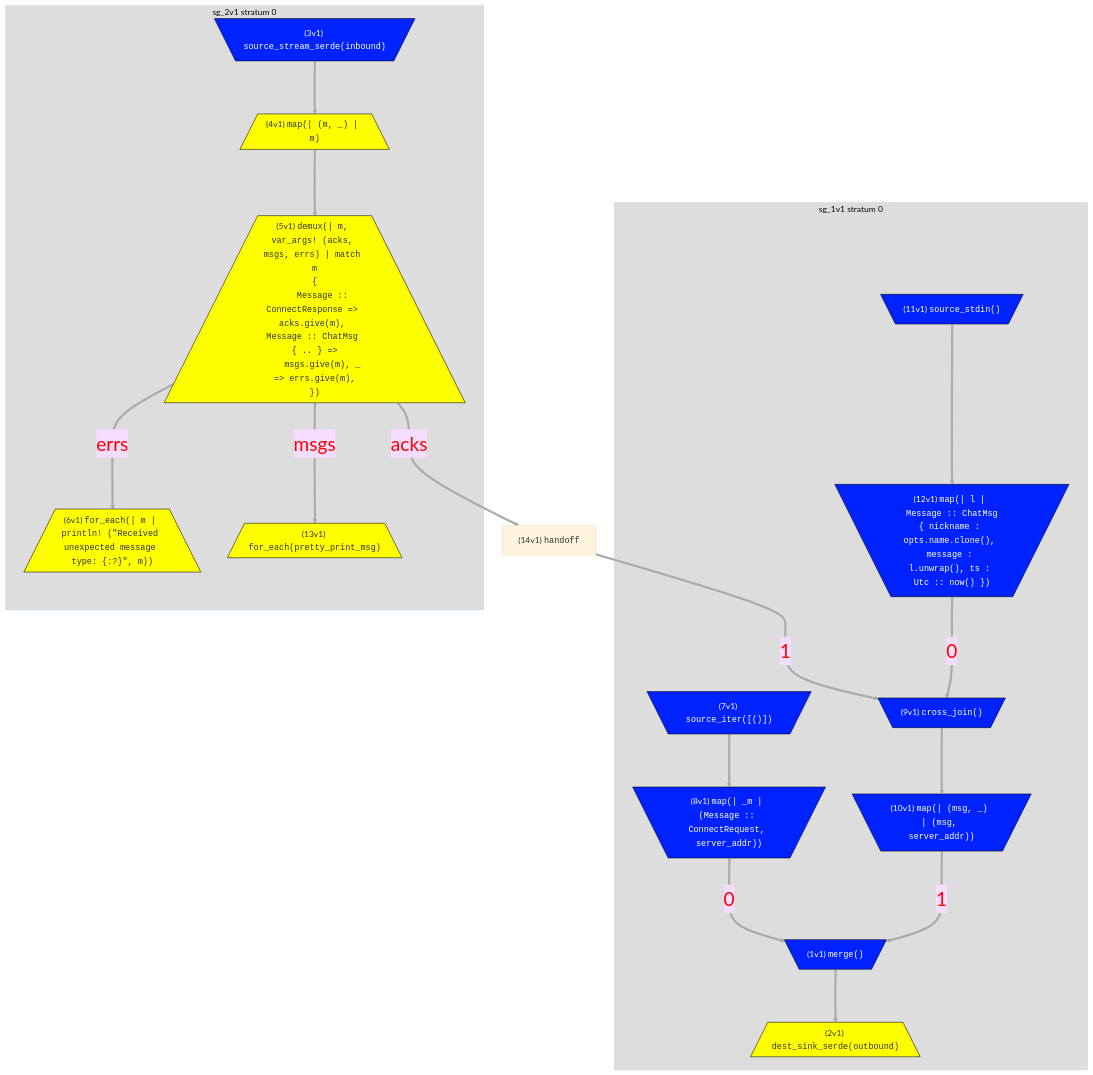
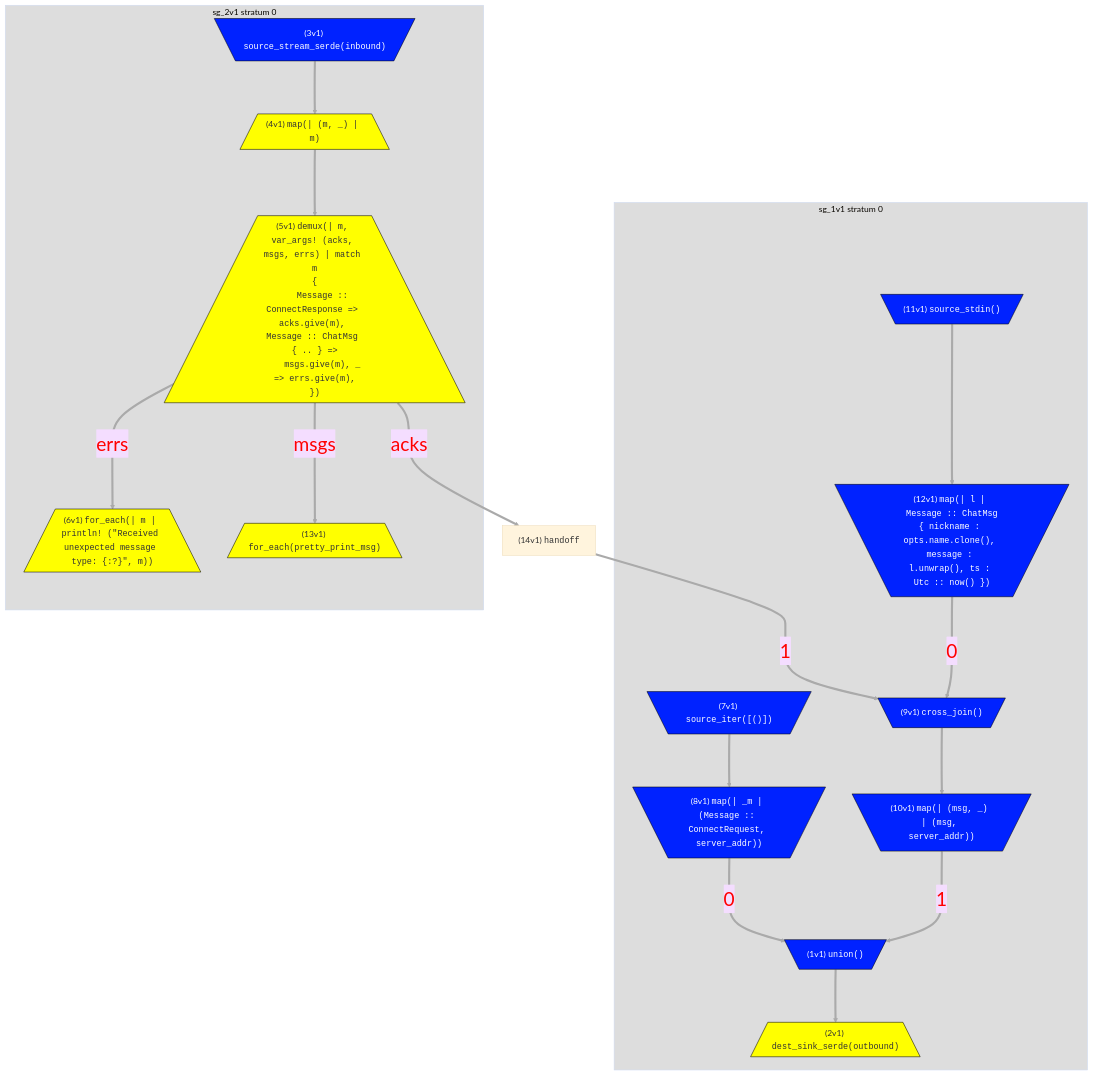
Before and after one commit to nickjiang2378/hydroflow: the second of 2 diagrams in docs/docs/hydroflow/quickstart/example_8_chat_server.md, drawn with Mermaid. The commit also changed other lines of this file and 100 other files, not shown here.

Commit message:
rename: merge() to union() (#697)

````diff
--- a/docs/docs/hydroflow/quickstart/example_8_chat_server.md
+++ b/docs/docs/hydroflow/quickstart/example_8_chat_server.md
@@ -362,38 +362,38 @@
 ```mermaid
 %%{init: {'theme': 'base', 'themeVariables': {'clusterBkg':'#ddd'}}}%%
 flowchart TD
 classDef pullClass fill:#02f,color:#fff,stroke:#000
 classDef pushClass fill:#ff0,stroke:#000
 linkStyle default stroke:#aaa,stroke-width:4px,color:red,font-size:1.5em;
 subgraph "sg_1v1 stratum 0"
     7v1[\"(7v1) <tt>source_iter([()])</tt>"/]:::pullClass
     8v1[\"(8v1) <tt>map(| _m | (Message :: ConnectRequest, server_addr))</tt>"/]:::pullClass
     11v1[\"(11v1) <tt>source_stdin()</tt>"/]:::pullClass
     12v1[\"(12v1) <tt>map(| l | Message :: ChatMsg<br>{ nickname : opts.name.clone(), message : l.unwrap(), ts : Utc :: now() })</tt>"/]:::pullClass
     9v1[\"(9v1) <tt>cross_join()</tt>"/]:::pullClass
     10v1[\"(10v1) <tt>map(| (msg, _) | (msg, server_addr))</tt>"/]:::pullClass
-    1v1[\"(1v1) <tt>merge()</tt>"/]:::pullClass
+    1v1[\"(1v1) <tt>union()</tt>"/]:::pullClass
     2v1[/"(2v1) <tt>dest_sink_serde(outbound)</tt>"\]:::pushClass
     7v1--->8v1
     8v1--0--->1v1
     11v1--->12v1
     12v1--0--->9v1
     9v1--->10v1
     10v1--1--->1v1
     1v1--->2v1
 end
 subgraph "sg_2v1 stratum 0"
     3v1[\"(3v1) <tt>source_stream_serde(inbound)</tt>"/]:::pullClass
     4v1[/"(4v1) <tt>map(| (m, _) | m)</tt>"\]:::pushClass
     5v1[/"(5v1) <tt>demux(| m, var_args! (acks, msgs, errs) | match m<br>{<br>    Message :: ConnectResponse =&gt; acks.give(m), Message :: ChatMsg { .. } =&gt;<br>    msgs.give(m), _ =&gt; errs.give(m),<br>})</tt>"\]:::pushClass
     6v1[/"(6v1) <tt>for_each(| m | println! (&quot;Received unexpected message type: {:?}&quot;, m))</tt>"\]:::pushClass
     13v1[/"(13v1) <tt>for_each(pretty_print_msg)</tt>"\]:::pushClass
     3v1--->4v1
     4v1--->5v1
     5v1--errs--->6v1
     5v1--msgs--->13v1
 end
 5v1--acks--->14v1
 14v1["(14v1) <tt>handoff</tt>"]:::otherClass
 14v1--1--->9v1
 ```
````
